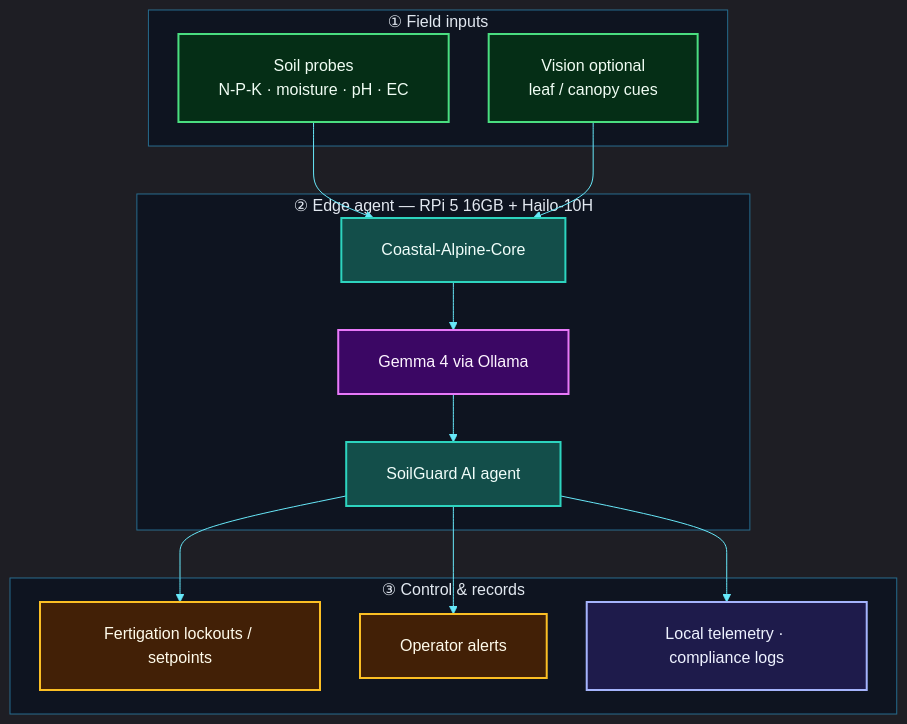
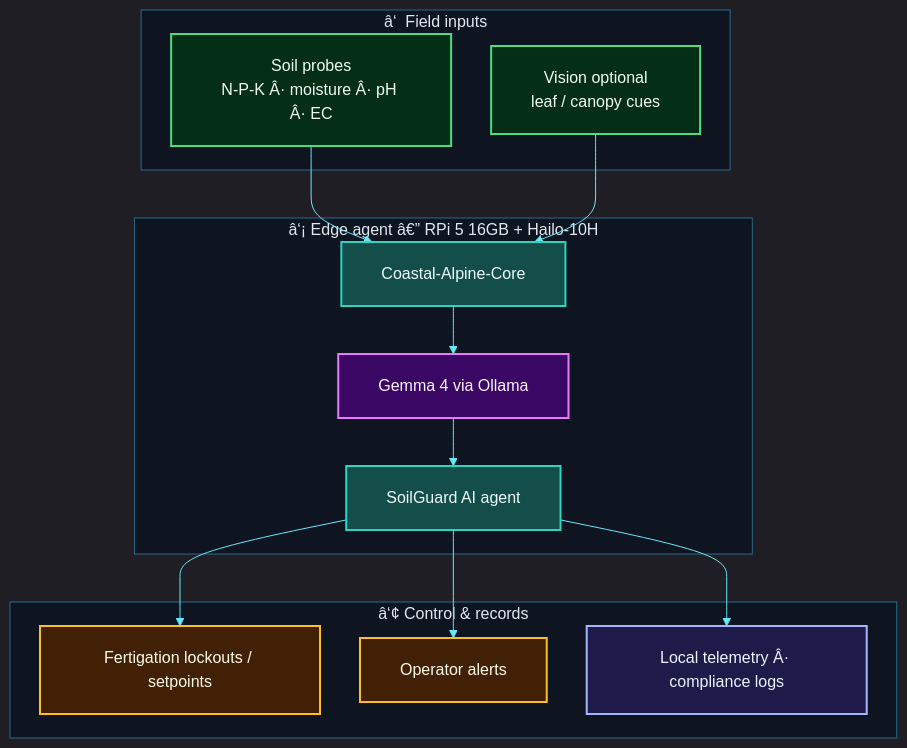
One commit to fivepanelhat/SoilGuard-Portal changed the diagram in README.md. Above: the diagram before and after it, drawn with Mermaid. The commit also changed other lines of this file and 8 other files, not shown here.

````diff
--- a/README.md
+++ b/README.md
@@ -47,60 +64,60 @@
 ```mermaid
 %%{init: {
   "theme": "dark",
   "themeVariables": {
     "fontSize": "16px",
     "fontFamily": "Inter, ui-sans-serif, system-ui, sans-serif",
     "primaryColor": "#0ea5e9",
     "primaryTextColor": "#f8fafc",
     "primaryBorderColor": "#38bdf8",
     "lineColor": "#67e8f9",
     "secondaryColor": "#1e293b",
     "tertiaryColor": "#0f172a",
     "clusterBkg": "#0b1220cc",
     "clusterBorder": "#38bdf880",
     "titleColor": "#e2e8f0"
   },
   "flowchart": {
     "nodeSpacing": 40,
     "rankSpacing": 48,
     "padding": 20,
     "htmlLabels": true,
     "curve": "basis"
   }
 }}%%
 flowchart TB
 
     classDef sense fill:#052e16,stroke:#4ade80,stroke-width:2px,color:#f0fdf4
     classDef edge fill:#0c4a6e,stroke:#38bdf8,stroke-width:2px,color:#f0f9ff
     classDef core fill:#134e4a,stroke:#2dd4bf,stroke-width:2px,color:#f0fdfa
     classDef act fill:#422006,stroke:#fbbf24,stroke-width:2px,color:#fffbeb
     classDef store fill:#1e1b4b,stroke:#a5b4fc,stroke-width:2px,color:#eef2ff
     classDef ai fill:#3b0764,stroke:#e879f9,stroke-width:2px,color:#fdf4ff
     classDef app fill:#1e1b4b,stroke:#c4b5fd,stroke-width:2px,color:#eef2ff
 
-    subgraph IN["① Field inputs"]
-        S["Soil probes<br/>N-P-K · moisture · pH · EC"]
+    subgraph IN["â‘  Field inputs"]
+        S["Soil probes<br/>N-P-K Â· moisture Â· pH Â· EC"]
         V["Vision optional<br/>leaf / canopy cues"]
     end
 
-    subgraph EDGE["② Edge agent — RPi 5 16GB + Hailo-10H"]
+    subgraph EDGE["â‘¡ Edge agent â€” RPi 5 16GB + Hailo-10H"]
         CORE["Coastal-Alpine-Core"]
         LLM["Gemma 4 via Ollama"]
         AG["SoilGuard AI agent"]
     end
 
-    subgraph OUT["③ Control & records"]
+    subgraph OUT["â‘¢ Control & records"]
         FERT["Fertigation lockouts / setpoints"]
         ALERT["Operator alerts"]
-        STORE["Local telemetry · compliance logs"]
+        STORE["Local telemetry Â· compliance logs"]
     end
 
     S & V --> CORE --> LLM --> AG
     AG --> FERT & ALERT & STORE
 
     class S,V sense
     class CORE,AG core
     class LLM ai
     class FERT,ALERT act
     class STORE store
 ```
````
